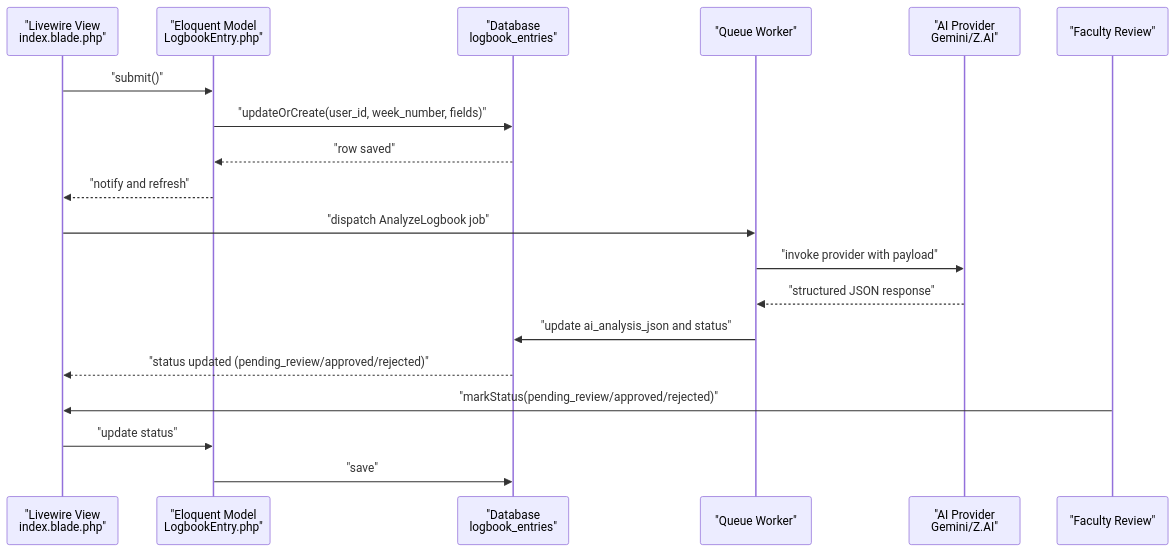
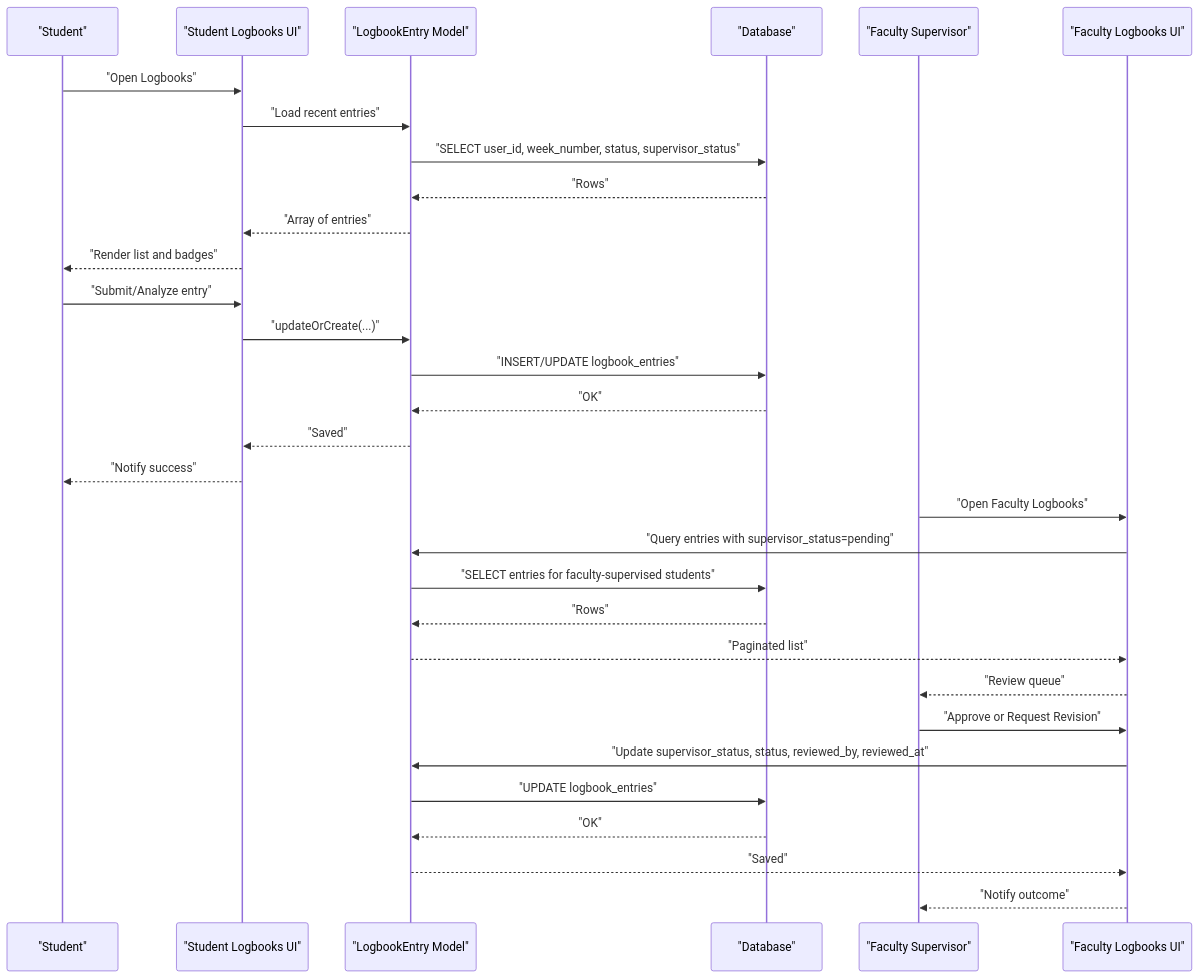
The second of 8 diagrams in .qoder/repowiki/en/content/Database Schema/Logbook Entries Table.md (puromed/internims), drawn with Mermaid before and after one commit. The commit also changed other lines of this file and 51 other files, not shown here.

````diff
--- a/.qoder/repowiki/en/content/Database Schema/Logbook Entries Table.md
+++ b/.qoder/repowiki/en/content/Database Schema/Logbook Entries Table.md
@@ -96,21 +102,33 @@
 ```mermaid
 sequenceDiagram
-participant UI as "Livewire View<br/>index.blade.php"
-participant Model as "Eloquent Model<br/>LogbookEntry.php"
-participant DB as "Database<br/>logbook_entries"
-participant Queue as "Queue Worker"
-participant AI as "AI Provider<br/>Gemini/Z.AI"
-participant Fac as "Faculty Review"
-UI->>Model : "submit()"
-Model->>DB : "updateOrCreate(user_id, week_number, fields)"
-DB-->>Model : "row saved"
-Model-->>UI : "notify and refresh"
-UI->>Queue : "dispatch AnalyzeLogbook job"
-Queue->>AI : "invoke provider with payload"
-AI-->>Queue : "structured JSON response"
-Queue->>DB : "update ai_analysis_json and status"
-DB-->>UI : "status updated (pending_review/approved/rejected)"
-Fac->>UI : "markStatus(pending_review/approved/rejected)"
-UI->>Model : "update status"
-Model->>DB : "save"
+participant St as "Student"
+participant UI as "Student Logbooks UI"
+participant M as "LogbookEntry Model"
+participant DB as "Database"
+participant Fac as "Faculty Supervisor"
+participant FacUI as "Faculty Logbooks UI"
+St->>UI : "Open Logbooks"
+UI->>M : "Load recent entries"
+M->>DB : "SELECT user_id, week_number, status, supervisor_status"
+DB-->>M : "Rows"
+M-->>UI : "Array of entries"
+UI-->>St : "Render list and badges"
+St->>UI : "Submit/Analyze entry"
+UI->>M : "updateOrCreate(...)"
+M->>DB : "INSERT/UPDATE logbook_entries"
+DB-->>M : "OK"
+M-->>UI : "Saved"
+UI-->>St : "Notify success"
+Fac->>FacUI : "Open Faculty Logbooks"
+FacUI->>M : "Query entries with supervisor_status=pending"
+M->>DB : "SELECT entries for faculty-supervised students"
+DB-->>M : "Rows"
+M-->>FacUI : "Paginated list"
+FacUI-->>Fac : "Review queue"
+Fac->>FacUI : "Approve or Request Revision"
+FacUI->>M : "Update supervisor_status, status, reviewed_by, reviewed_at"
+M->>DB : "UPDATE logbook_entries"
+DB-->>M : "OK"
+M-->>FacUI : "Saved"
+FacUI-->>Fac : "Notify outcome"
 ```
````
